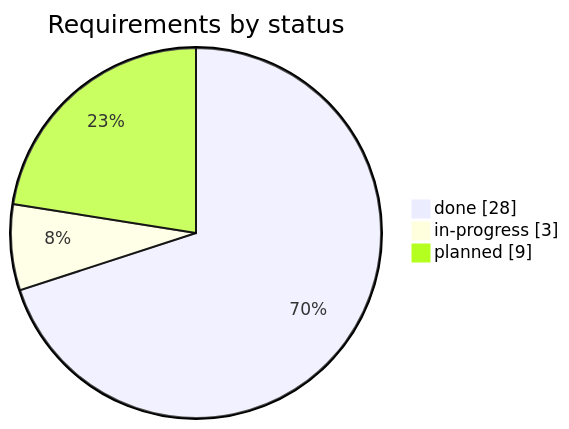
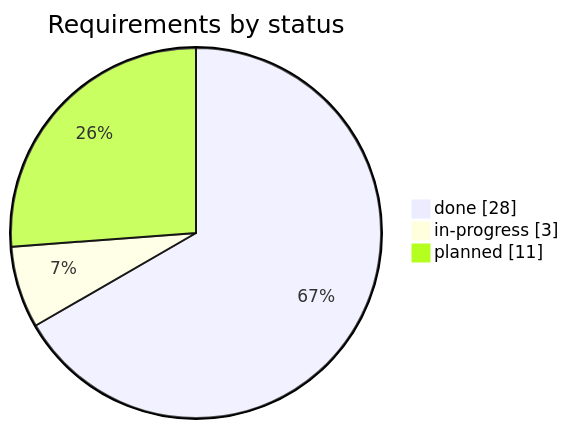
The first of 2 diagrams in docs/gap-list.md (rikire/Exchange-Student-Guide-Platform), drawn with Mermaid before and after one commit. The commit also changed other lines of this file and 5 other files, not shown here.

````diff
--- a/docs/gap-list.md
+++ b/docs/gap-list.md
@@ -13,6 +13,6 @@
 ```mermaid
 pie showData title Requirements by status
     "done" : 28
     "in-progress" : 3
-    "planned" : 9
+    "planned" : 11
 ```
````
